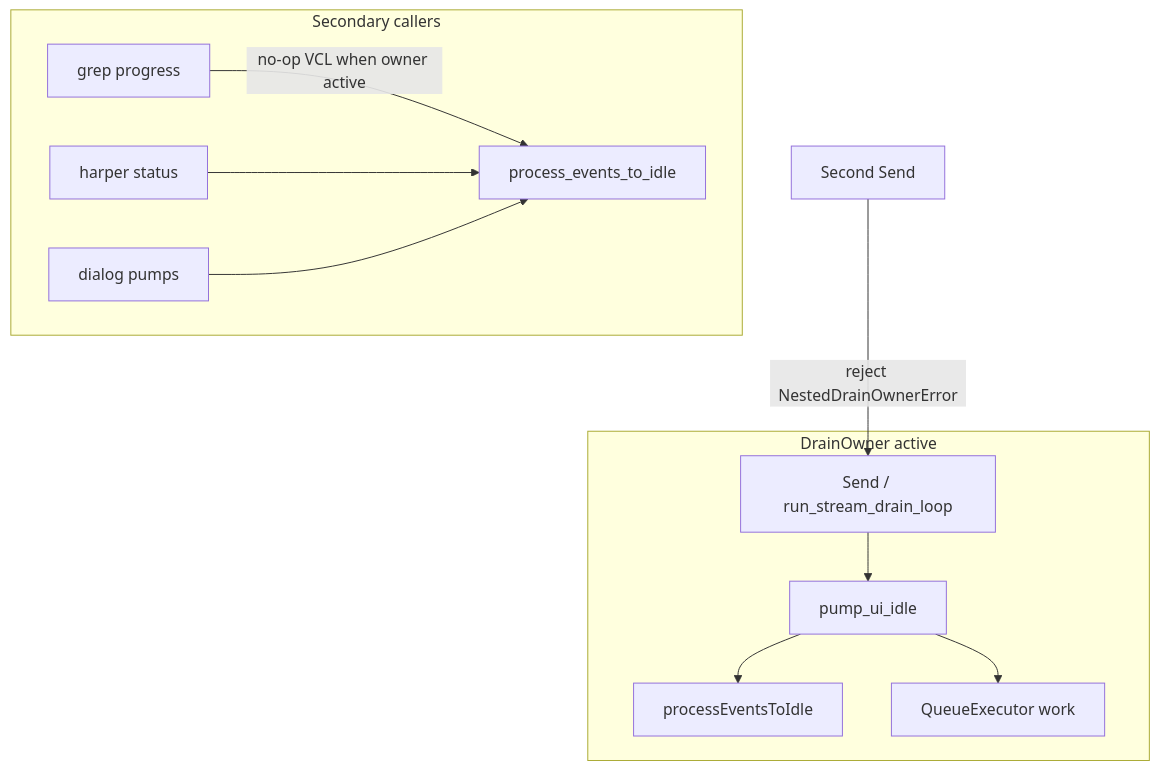
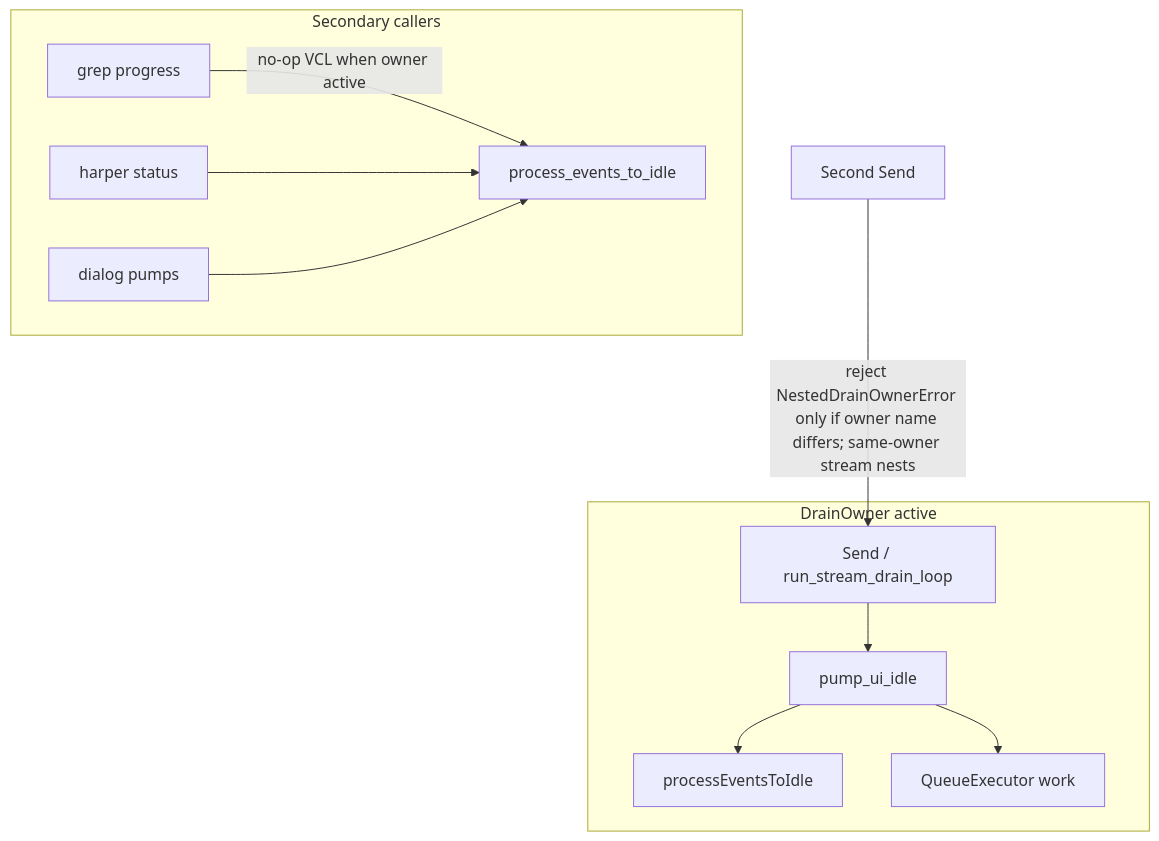
One commit to Augusto-Zolet/writeragent changed the second of 3 diagrams in docs/framework-threading.md. Above: the diagram before and after it, drawn with Mermaid. The commit also changed other lines of this file and 6 other files, not shown here.

````diff
--- a/docs/framework-threading.md
+++ b/docs/framework-threading.md
@@ -177,23 +174,23 @@
 ```mermaid
 flowchart TD
     subgraph owner [DrainOwner active]
         Send[Send / run_stream_drain_loop]
         Pump[pump_ui_idle]
         VCL[processEventsToIdle]
         Q[QueueExecutor work]
         Send --> Pump
         Pump --> Q
         Pump --> VCL
     end
 
     subgraph nonOwner [Secondary callers]
         Grep[grep progress]
         Harper[harper status]
         Dialogs[dialog pumps]
         Grep -->|no-op VCL when owner active| ProcessEvents[process_events_to_idle]
         Harper --> ProcessEvents
         Dialogs --> ProcessEvents
     end
 
-    NestedSend[Second Send] -->|reject NestedDrainOwnerError| Send
+    NestedSend[Second Send] -->|reject NestedDrainOwnerError only if owner name differs; same-owner stream nests| Send
 ```
````
